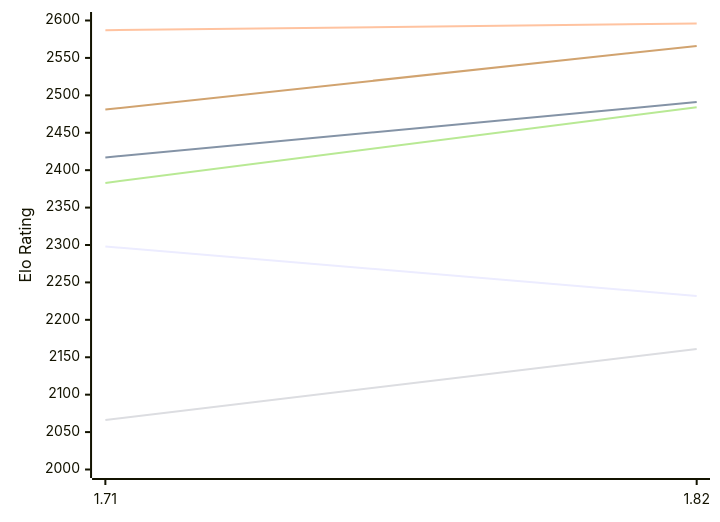
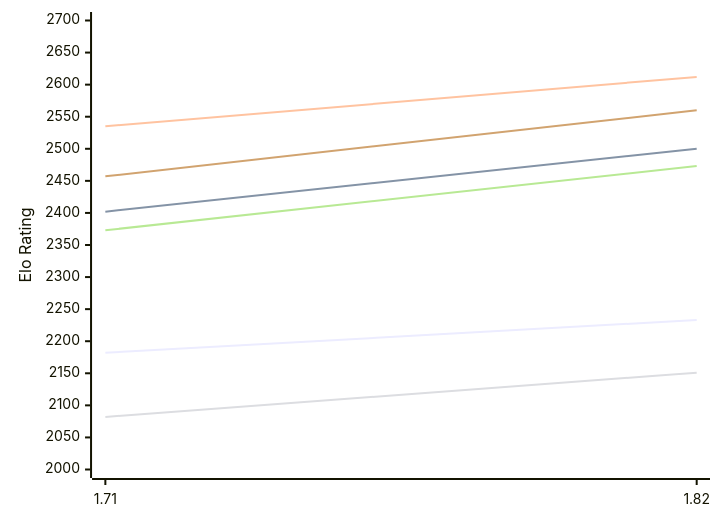
One commit to computer-chess-index/cci changed the first of 2 diagrams in engines/Amira.md. Above: the diagram before and after it, drawn with Mermaid. The commit also changed other lines of this file, not shown here.

Commit message:
Update CCI Ratings (ELO VLTC) - 2026-11-14

````diff
--- a/engines/Amira.md
+++ b/engines/Amira.md
@@ -50,12 +50,12 @@
 ```mermaid
 %%{init: {"theme":"base","themeVariables":{"seriesColors:['#a3a3a3','#222221','#faa371']}}}%%
 xychart-beta
   x-axis ["1.71", "1.82"]
-  y-axis "Elo Rating" 2000 --> 2600
-  line "E1: STC (8.0+0.08s)" [2298, 2232]
-  line "E1: LTC (60.0+0.60s)" [2417, 2491]
-  line "E1: VLTC (2m24s+1.12s)" [2587, 2596]
-  line "P1: STC (8.0+0.08s)" [2066, 2161]
-  line "P1: LTC (60.0+0.60s)" [2383, 2484]
-  line "P1: VLTC (2m24s+1.12s)" [2481, 2566]
+  y-axis "Elo Rating" 2000 --> 2700
+  line "E1: STC (8.0+0.08s)" [2182, 2233]
+  line "E1: LTC (60.0+0.60s)" [2402, 2500]
+  line "E1: VLTC (2m24s+1.12s)" [2535, 2612]
+  line "P1: STC (8.0+0.08s)" [2082, 2151]
+  line "P1: LTC (60.0+0.60s)" [2373, 2473]
+  line "P1: VLTC (2m24s+1.12s)" [2457, 2560]
 ```
````
